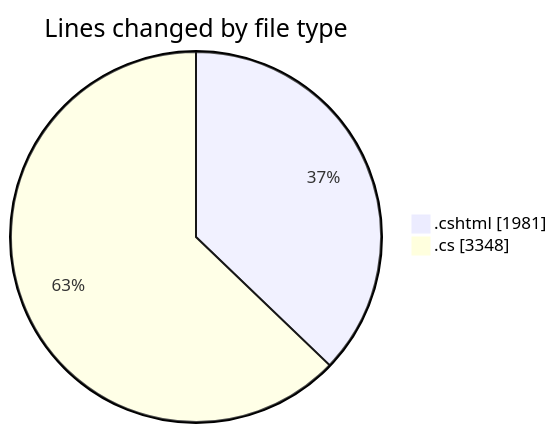
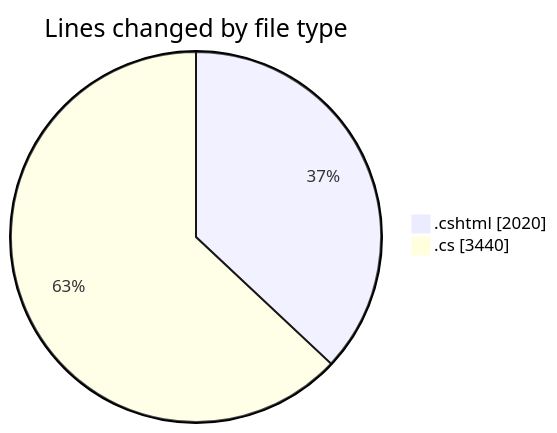
Before and after one commit to lephambinh05/code-tracking: the first of 2 diagrams in 2025-07-17/nhahang/README.md, drawn with Mermaid. The commit also changed other lines of this file and 1 other file, not shown here.

````diff
--- a/2025-07-17/nhahang/README.md
+++ b/2025-07-17/nhahang/README.md
@@ -80,6 +83,6 @@
 ```mermaid
 pie showData
 title Lines changed by file type
-".cshtml" : 1981
-".cs" : 3348
+".cshtml" : 2020
+".cs" : 3440
 ```
````
